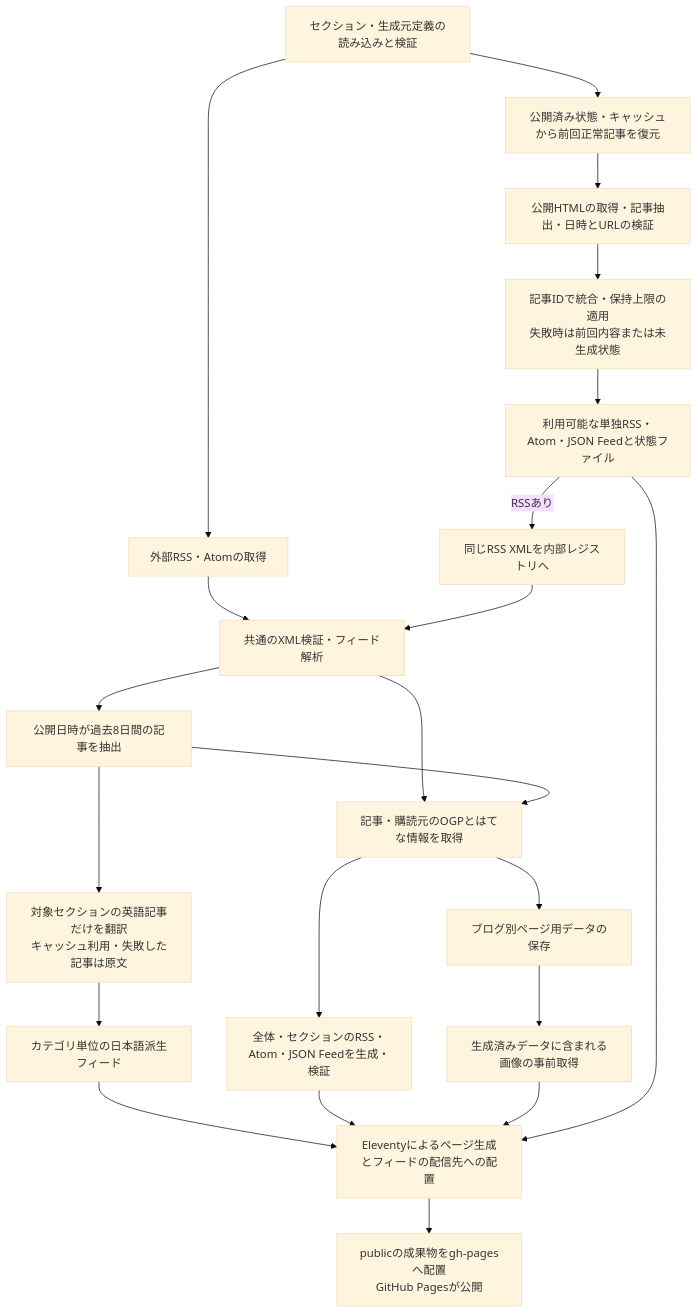
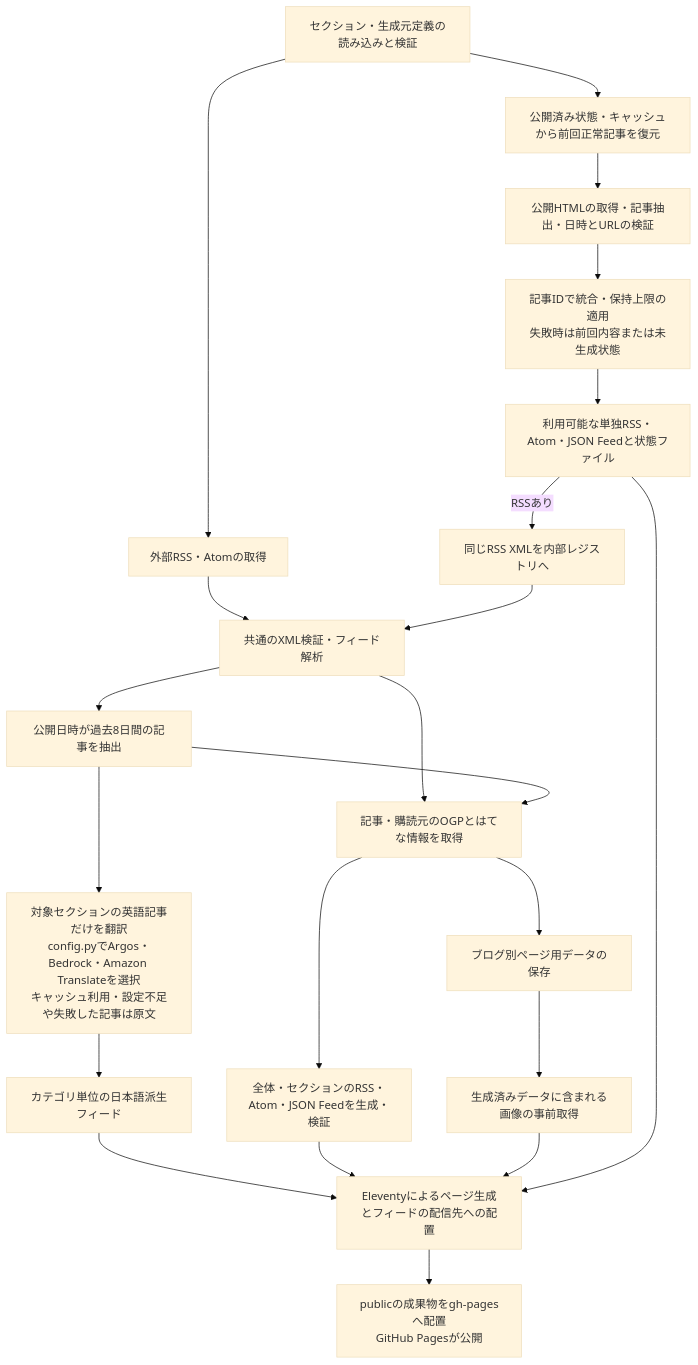
The diagram in README.md (fuhitonakagawa/my-tech-blog-rss-feed), drawn with Mermaid (base theme) before and after one commit. The commit also changed other lines of this file and 43 other files, not shown here.

````diff
--- a/README.md
+++ b/README.md
@@ -401,41 +443,41 @@
 ```mermaid
 flowchart TD
     definitions["セクション・生成元定義の読み込みと検証"]
     previous["公開済み状態・キャッシュから前回正常記事を復元"]
     html["公開HTMLの取得・記事抽出・日時とURLの検証"]
     state["記事IDで統合・保持上限の適用<br/>失敗時は前回内容または未生成状態"]
     generated["利用可能な単独RSS・Atom・JSON Feedと状態ファイル"]
     registry["同じRSS XMLを内部レジストリへ"]
     remote["外部RSS・Atomの取得"]
     parse["共通のXML検証・フィード解析"]
     recent["公開日時が過去8日間の記事を抽出"]
-    translation["対象セクションの英語記事だけを翻訳<br/>キャッシュ利用・失敗した記事は原文"]
+    translation["対象セクションの英語記事だけを翻訳<br/>config.pyでArgos・Bedrock・Amazon Translateを選択<br/>キャッシュ利用・設定不足や失敗した記事は原文"]
     translated["カテゴリ単位の日本語派生フィード"]
     metadata["記事・購読元のOGPとはてな情報を取得"]
     aggregated["全体・セクションのRSS・Atom・JSON Feedを生成・検証"]
     blog["ブログ別ページ用データの保存"]
     prepare["生成済みデータに含まれる画像の事前取得"]
     site["Eleventyによるページ生成とフィードの配信先への配置"]
     deploy["publicの成果物をgh-pagesへ配置<br/>GitHub Pagesが公開"]
     definitions --> previous
     previous --> html
     html --> state
     state --> generated
     generated -->|RSSあり| registry
     definitions --> remote
     remote --> parse
     registry --> parse
     parse --> recent
     parse --> metadata
     recent --> metadata
     recent --> translation
     translation --> translated
     translated --> site
     metadata --> aggregated
     metadata --> blog
     blog --> prepare
     aggregated --> site
     prepare --> site
     generated --> site
     site --> deploy
 ```
````
